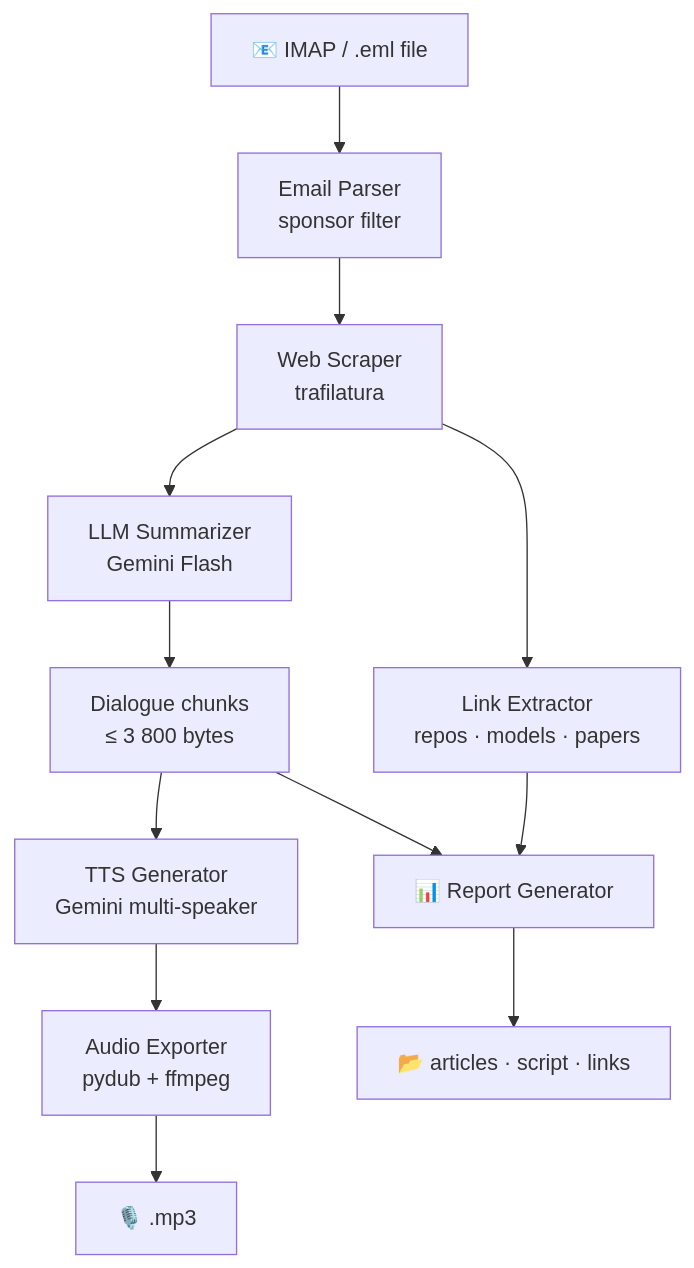
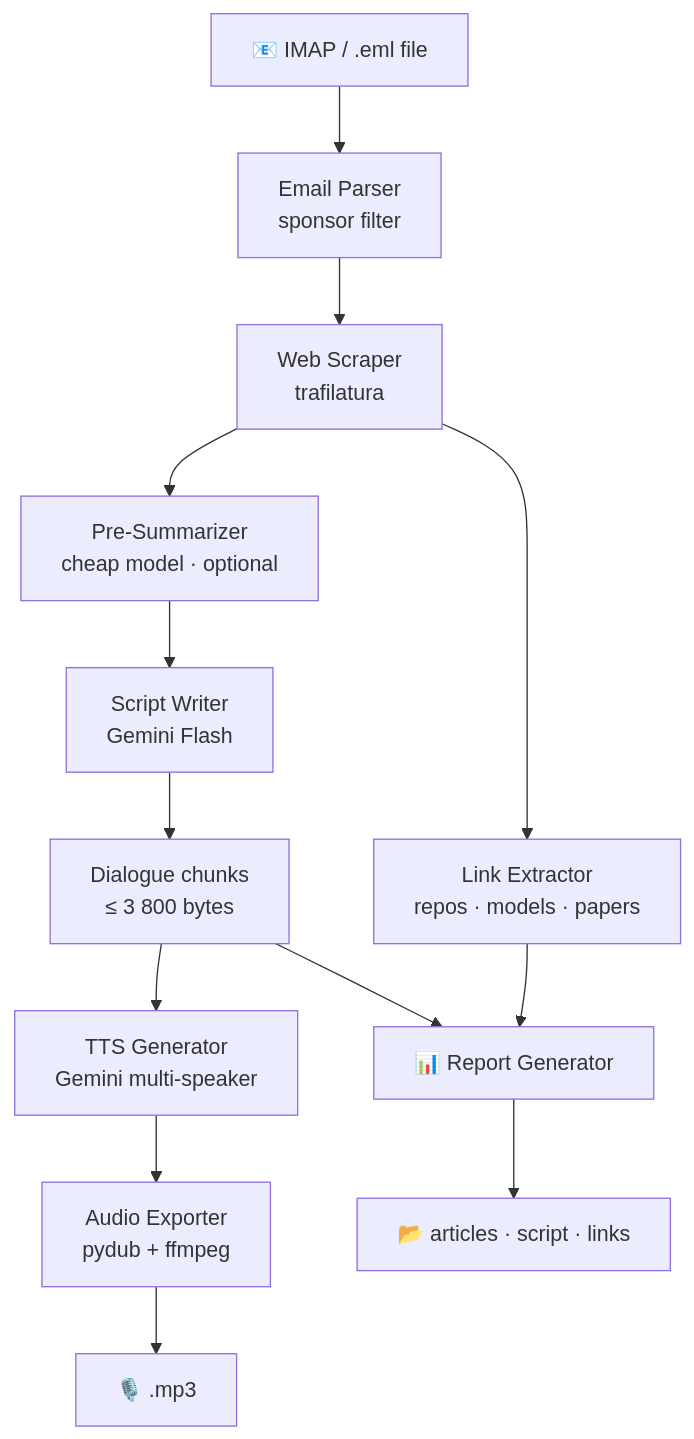
One commit to obeone/tldr-podcast changed the diagram in README.md. Above: the diagram before and after it, drawn with Mermaid. The commit also changed other lines of this file, not shown here.

````diff
--- a/README.md
+++ b/README.md
@@ -14,19 +14,21 @@
 ```mermaid
 flowchart TB
     IN[📧 IMAP / .eml file] --> EP[Email Parser<br>sponsor filter]
     EP --> WS[Web Scraper<br>trafilatura]
 
-    WS --> LLM[LLM Summarizer<br>Gemini Flash]
+    WS --> SUM[Pre-Summarizer<br>cheap model · optional]
     WS --> LE[Link Extractor<br>repos · models · papers]
+
+    SUM --> LLM[Script Writer<br>Gemini Flash]
 
     LLM --> DC[Dialogue chunks<br>≤ 3 800 bytes]
 
     DC --> TTS[TTS Generator<br>Gemini multi-speaker]
     DC --> RPT[📊 Report Generator]
     LE --> RPT
 
     TTS --> AE[Audio Exporter<br>pydub + ffmpeg]
 
     AE --> MP3[🎙️ .mp3]
     RPT --> OUT[📂 articles · script · links]
 ```
````
